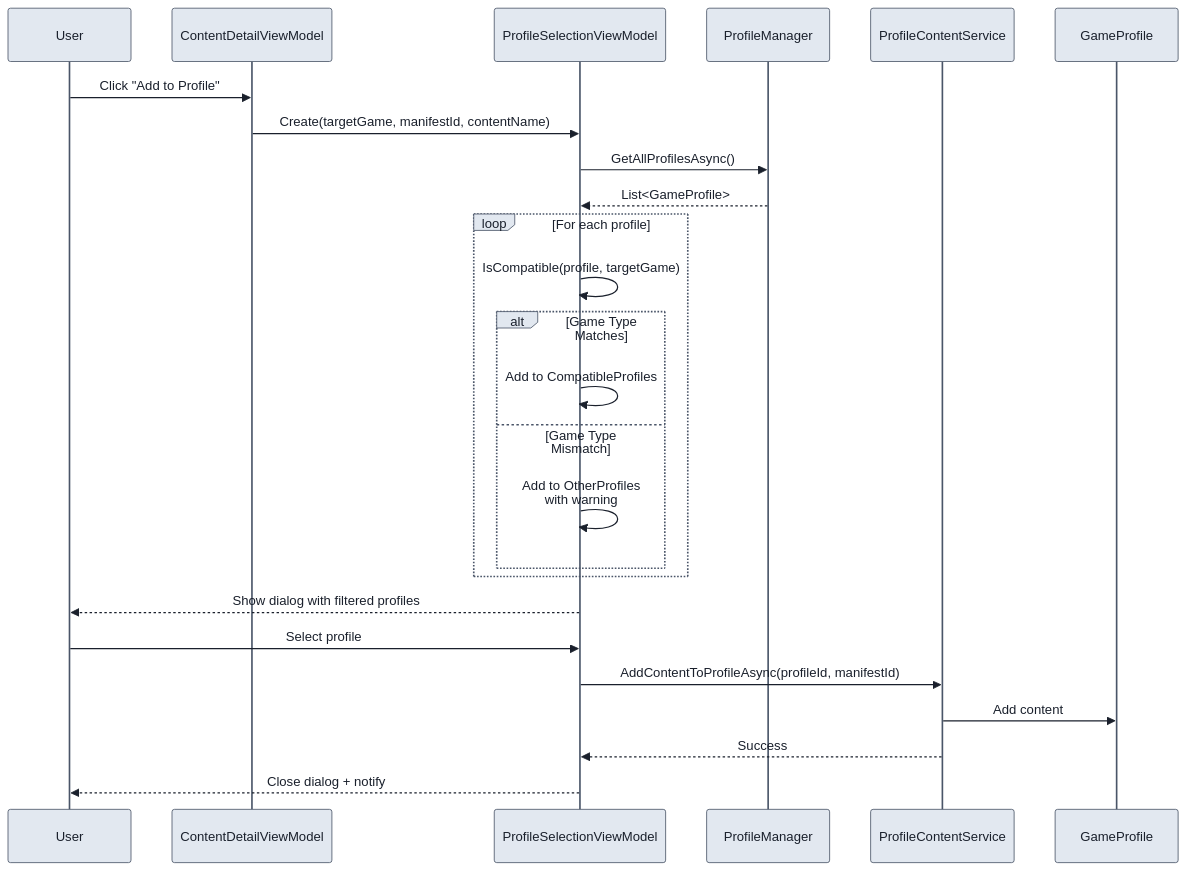
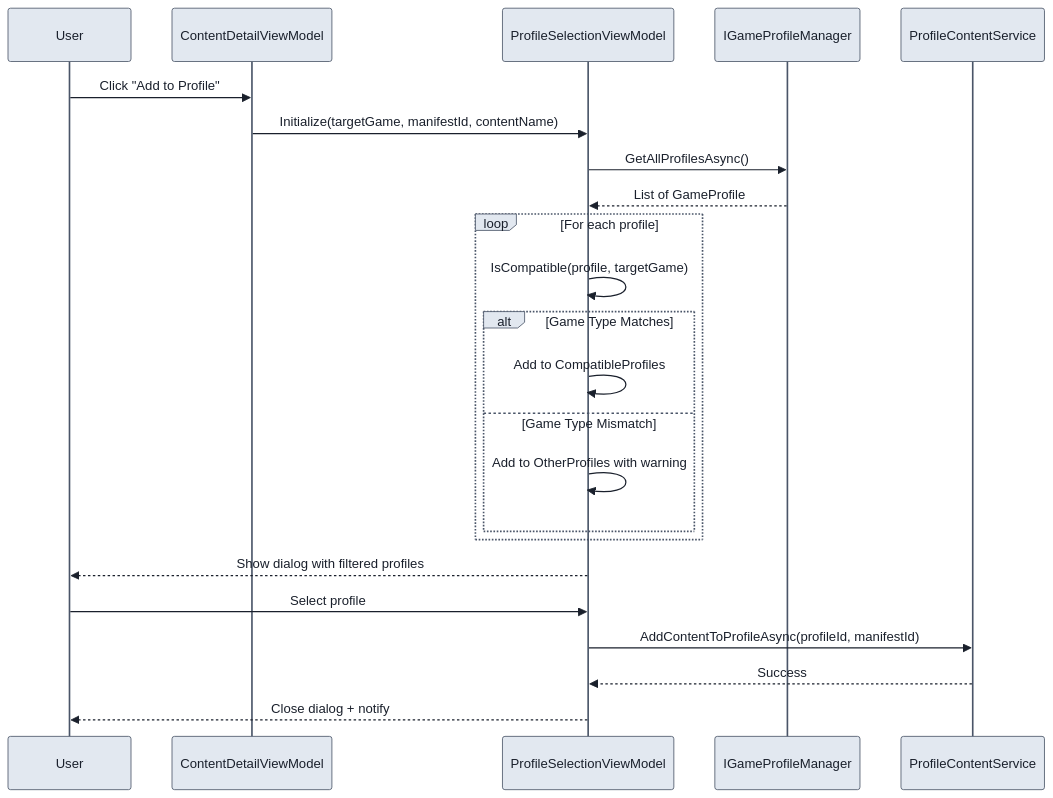
The seventh of 9 diagrams in docs/FlowCharts/Downloads-Flow.md (undead2146/GenHub), drawn with Mermaid before and after one commit. The commit also changed other lines of this file and 20 other files, not shown here.

````diff
--- a/docs/FlowCharts/Downloads-Flow.md
+++ b/docs/FlowCharts/Downloads-Flow.md
@@ -403,41 +363,39 @@
 ```mermaid
 %%{init: {
   'theme': 'base',
   'themeVariables': {
     'primaryColor': '#e2e8f0',
     'primaryTextColor': '#1a202c',
     'primaryBorderColor': '#4a5568',
     'lineColor': '#2d3748',
     'background': '#ffffff'
   }
 }}%%
 
 sequenceDiagram
     participant User
     participant CDVM as ContentDetailViewModel
     participant PSVM as ProfileSelectionViewModel
-    participant PM as ProfileManager
+    participant PM as IGameProfileManager
     participant PCS as ProfileContentService
-    participant Profile as GameProfile
 
     User->>CDVM: Click "Add to Profile"
-    CDVM->>PSVM: Create(targetGame, manifestId, contentName)
+    CDVM->>PSVM: Initialize(targetGame, manifestId, contentName)
     PSVM->>PM: GetAllProfilesAsync()
-    PM-->>PSVM: List<GameProfile>
+    PM-->>PSVM: List of GameProfile
 
     loop For each profile
         PSVM->>PSVM: IsCompatible(profile, targetGame)
         alt Game Type Matches
             PSVM->>PSVM: Add to CompatibleProfiles
         else Game Type Mismatch
-            PSVM->>PSVM: Add to OtherProfiles<br/>with warning
+            PSVM->>PSVM: Add to OtherProfiles with warning
         end
     end
 
     PSVM-->>User: Show dialog with filtered profiles
     User->>PSVM: Select profile
     PSVM->>PCS: AddContentToProfileAsync(profileId, manifestId)
-    PCS->>Profile: Add content
     PCS-->>PSVM: Success
     PSVM-->>User: Close dialog + notify
 ```
````
